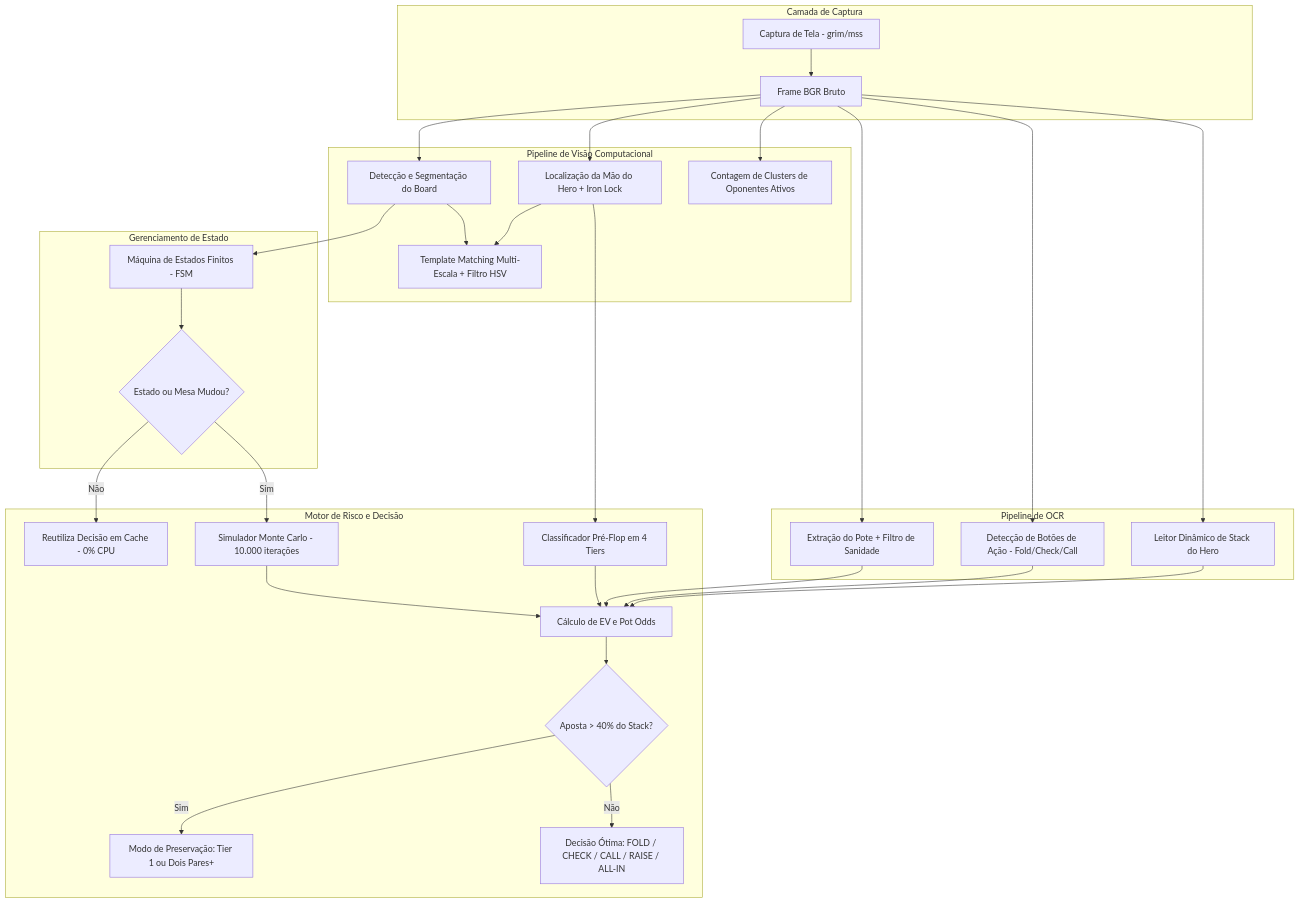
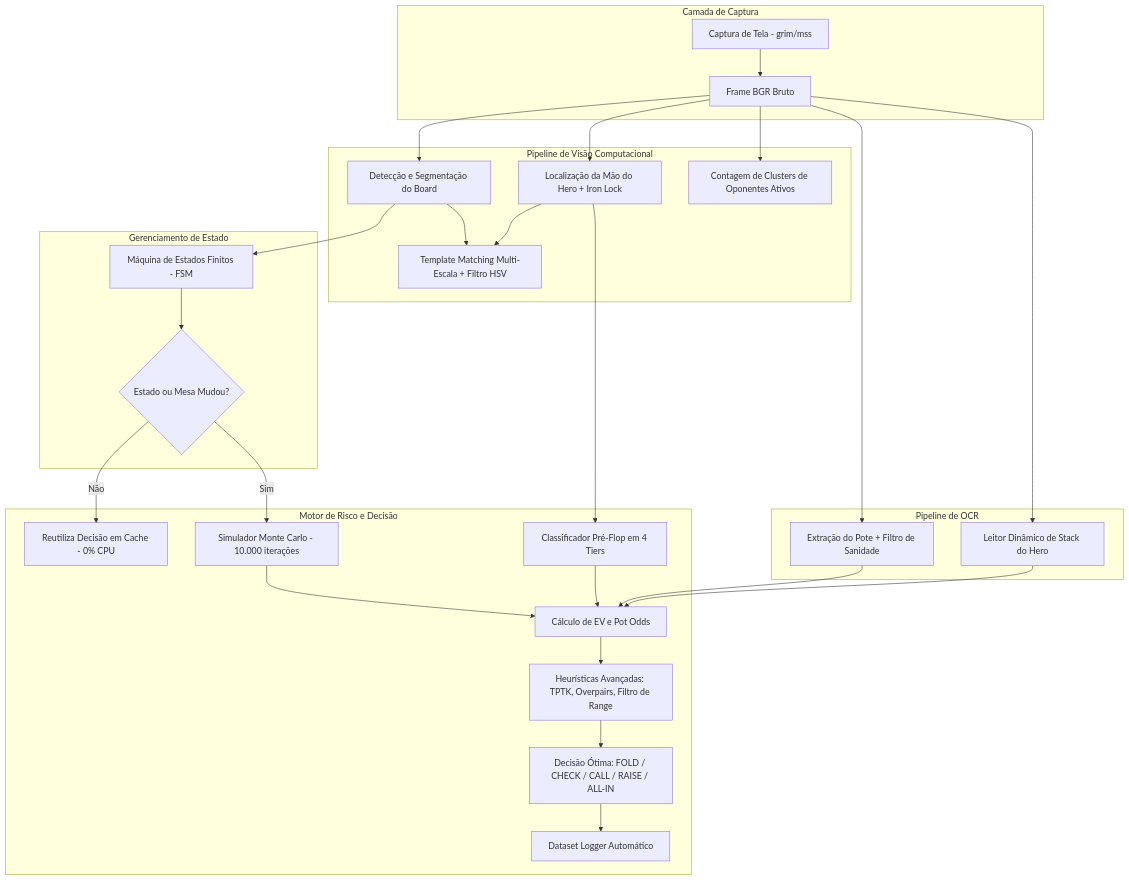
Before and after one commit to TheoEnderson/poker-vision-engine: the diagram in README.md, drawn with Mermaid. The commit also changed other lines of this file, not shown here.

Commit message:
docs: atualiza README.md refletindo estrutura de pastas, heurísticas TPTK e arquitetura multi-site

````diff
--- a/README.md
+++ b/README.md
@@ -51,39 +62,37 @@
 ```mermaid
 flowchart TD
     subgraph Camada de Captura
         SCR[Captura de Tela - grim/mss] --> RAW[Frame BGR Bruto]
     end
 
     subgraph Pipeline de Visão Computacional
         RAW --> DET_BOARD[Detecção e Segmentação do Board]
         RAW --> DET_HERO[Localização da Mão do Hero + Iron Lock]
         RAW --> DET_OPP[Contagem de Clusters de Oponentes Ativos]
         DET_BOARD --> TM[Template Matching Multi-Escala + Filtro HSV]
         DET_HERO --> TM
     end
 
     subgraph Pipeline de OCR
         RAW --> OCR_POT[Extração do Pote + Filtro de Sanidade]
-        RAW --> OCR_BTN[Detecção de Botões de Ação - Fold/Check/Call]
         RAW --> OCR_STACK[Leitor Dinâmico de Stack do Hero]
     end
 
     subgraph Gerenciamento de Estado
         DET_BOARD --> FSM[Máquina de Estados Finitos - FSM]
         FSM --> CACHE{Estado ou Mesa Mudou?}
     end
 
     subgraph Motor de Risco e Decisão
         CACHE -- Não --> REUSE[Reutiliza Decisão em Cache - 0% CPU]
         CACHE -- Sim --> MC[Simulador Monte Carlo - 10.000 iterações]
         DET_HERO --> TIER[Classificador Pré-Flop em 4 Tiers]
         MC --> EV[Cálculo de EV e Pot Odds]
         TIER --> EV
         OCR_POT --> EV
-        OCR_BTN --> EV
         OCR_STACK --> EV
-        EV --> HEAVY{Aposta > 40% do Stack?}
-        HEAVY -- Sim --> SURVIVAL[Modo de Preservação: Tier 1 ou Dois Pares+]
-        HEAVY -- Não --> ACTION[Decisão Ótima: FOLD / CHECK / CALL / RAISE / ALL-IN]
+        EV --> HEUR[Heurísticas Avançadas: TPTK, Overpairs, Filtro de Range]
+        HEUR --> ACTION[Decisão Ótima: FOLD / CHECK / CALL / RAISE / ALL-IN]
+        ACTION --> LOG[Dataset Logger Automático]
     end
 ```
````
